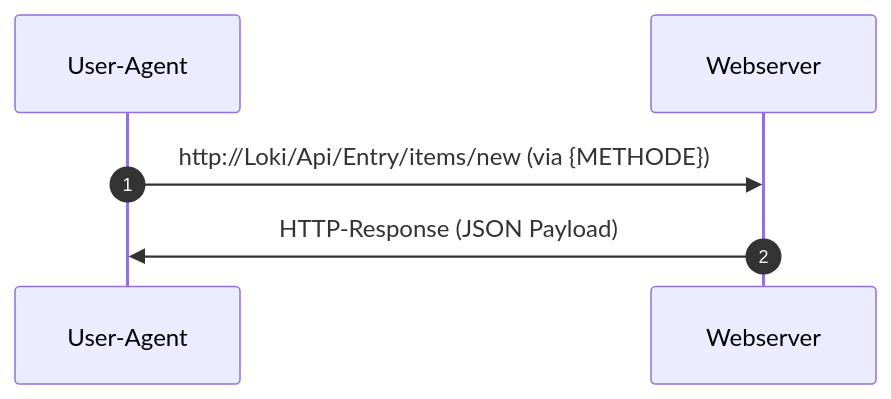
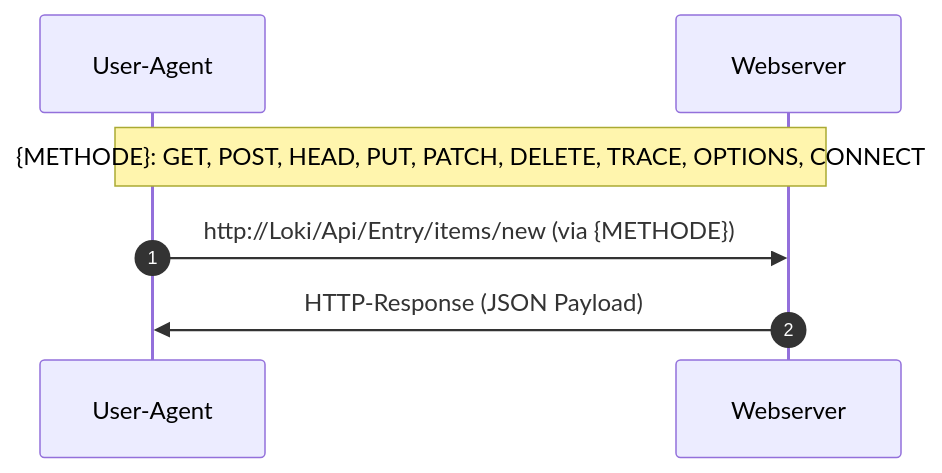
Before and after one commit to nevsglueckauf/WhatsTheStory: the diagram in net/higher_proto/http.md, drawn with Mermaid. The commit also changed other lines of this file and 2 other files, not shown here.

````diff
--- a/net/higher_proto/http.md
+++ b/net/higher_proto/http.md
@@ -15,7 +15,8 @@
 ```mermaid
 sequenceDiagram
 autonumber
+    Note over User-Agent, Webserver:  {METHODE}: GET, POST, HEAD, PUT, PATCH, DELETE, TRACE, OPTIONS, CONNECT
     User-Agent->>Webserver: http://Loki/Api/Entry/items/new (via {METHODE})
     Webserver->>User-Agent: HTTP-Response (JSON Payload)
 
 ```
````
